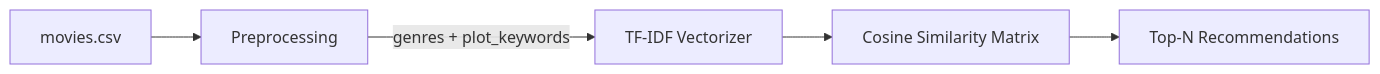
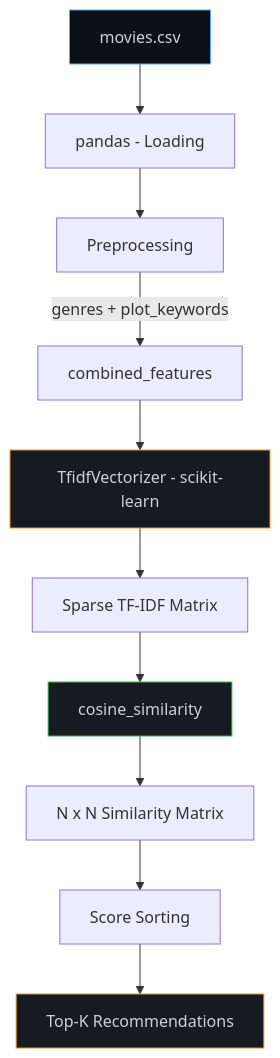
One commit to galafis/Recommendation-System-ML changed the third of 4 diagrams in README.md. Above: the diagram before and after it, drawn with Mermaid. The commit also changed other lines of this file and 2 other files, not shown here.

````diff
--- a/README.md
+++ b/README.md
@@ -99,7 +187,17 @@
 ```mermaid
-graph LR
-    A[movies.csv] --> B[Preprocessing]
-    B -->|genres + plot_keywords| C[TF-IDF Vectorizer]
-    C --> D[Cosine Similarity Matrix]
-    D --> E[Top-N Recommendations]
+graph TD
+    A[movies.csv] --> B[pandas - Loading]
+    B --> C[Preprocessing]
+    C -->|genres + plot_keywords| D[combined_features]
+    D --> E[TfidfVectorizer - scikit-learn]
+    E --> F[Sparse TF-IDF Matrix]
+    F --> G[cosine_similarity]
+    G --> H[N x N Similarity Matrix]
+    H --> I[Score Sorting]
+    I --> J[Top-K Recommendations]
+
+    style A fill:#0d1117,color:#c9d1d9,stroke:#58a6ff
+    style E fill:#161b22,color:#c9d1d9,stroke:#F7931E
+    style G fill:#161b22,color:#c9d1d9,stroke:#3fb950
+    style J fill:#161b22,color:#c9d1d9,stroke:#d29922
 ```
````
